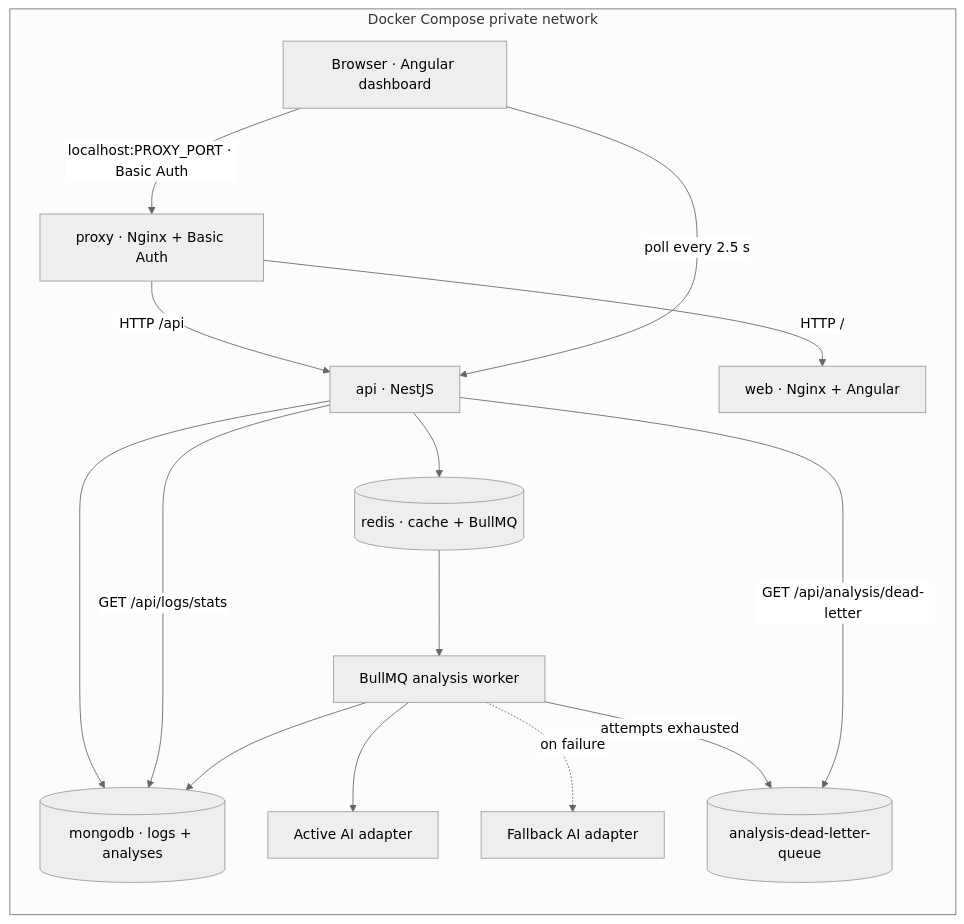
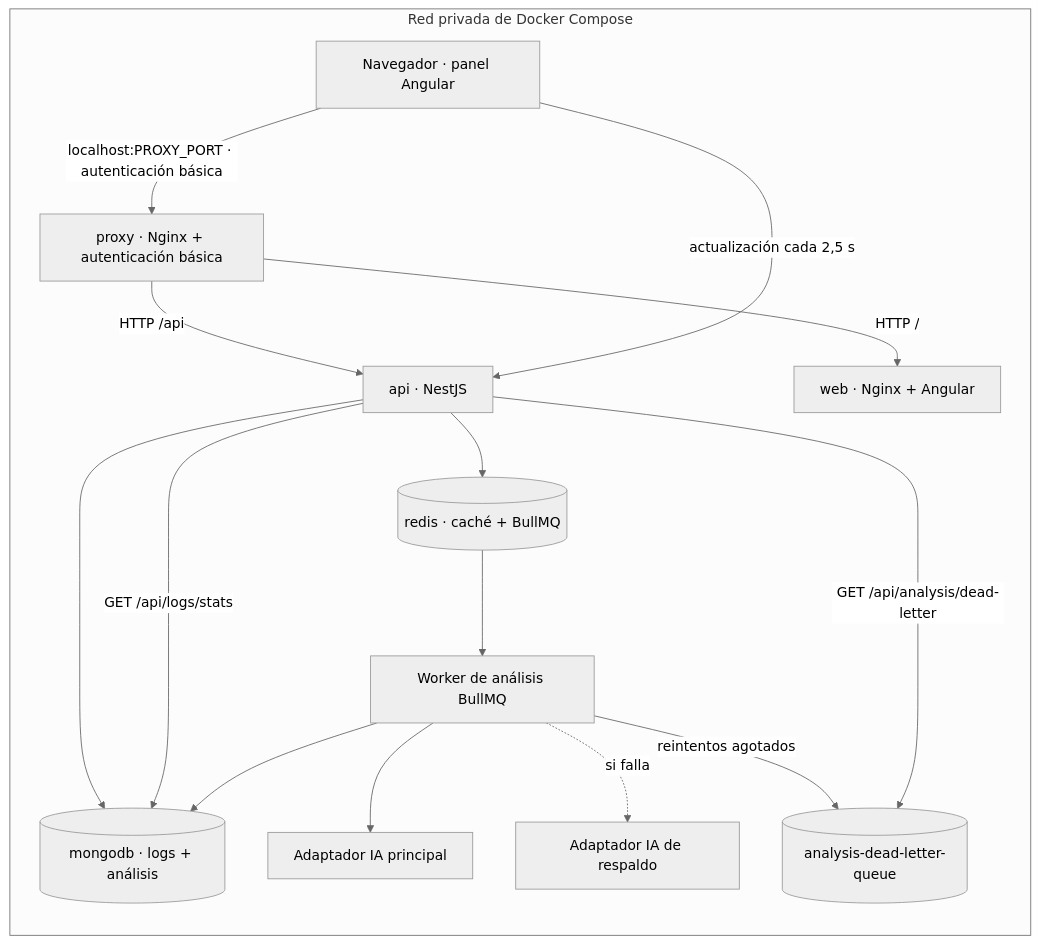
The diagram in ARCHITECTURE.md (pachidj87/smartlog-analyzer), drawn with Mermaid (neutral theme) before and after one commit. The commit also changed other lines of this file and 1 other file, not shown here.

Commit message:
docs: translate readme and architecture to spanish

````diff
--- a/ARCHITECTURE.md
+++ b/ARCHITECTURE.md
@@ -49,28 +50,28 @@
 ```mermaid
 flowchart LR
-    Browser["Browser · Angular dashboard"]
-    subgraph Compose["Docker Compose private network"]
-        Proxy["proxy · Nginx + Basic Auth"]
+    Browser["Navegador · panel Angular"]
+    subgraph Compose["Red privada de Docker Compose"]
+        Proxy["proxy · Nginx + autenticación básica"]
         Web["web · Nginx + Angular"]
         API["api · NestJS"]
-        Mongo[("mongodb · logs + analyses")]
-        Redis[("redis · cache + BullMQ")]
-        Worker["BullMQ analysis worker"]
-        Active["Active AI adapter"]
-        Fallback["Fallback AI adapter"]
+        Mongo[("mongodb · logs + análisis")]
+        Redis[("redis · caché + BullMQ")]
+        Worker["Worker de análisis BullMQ"]
+        Active["Adaptador IA principal"]
+        Fallback["Adaptador IA de respaldo"]
         DLQ[("analysis-dead-letter-queue")]
         Proxy -->|"HTTP /api"| API
         Proxy -->|"HTTP /"| Web
         API --> Mongo
         API --> Redis
         API -->|"GET /api/logs/stats"| Mongo
-        Browser -->|"poll every 2.5 s"| API
+        Browser -->|"actualización cada 2,5 s"| API
         Redis --> Worker
         Worker --> Active
-        Worker -. "on failure" .-> Fallback
+        Worker -. "si falla" .-> Fallback
         Worker --> Mongo
-        Worker -->|"attempts exhausted"| DLQ
+        Worker -->|"reintentos agotados"| DLQ
         API -->|"GET /api/analysis/dead-letter"| DLQ
     end
-    Browser -->|"localhost:PROXY_PORT · Basic Auth"| Proxy
+    Browser -->|"localhost:PROXY_PORT · autenticación básica"| Proxy
 ```
````
